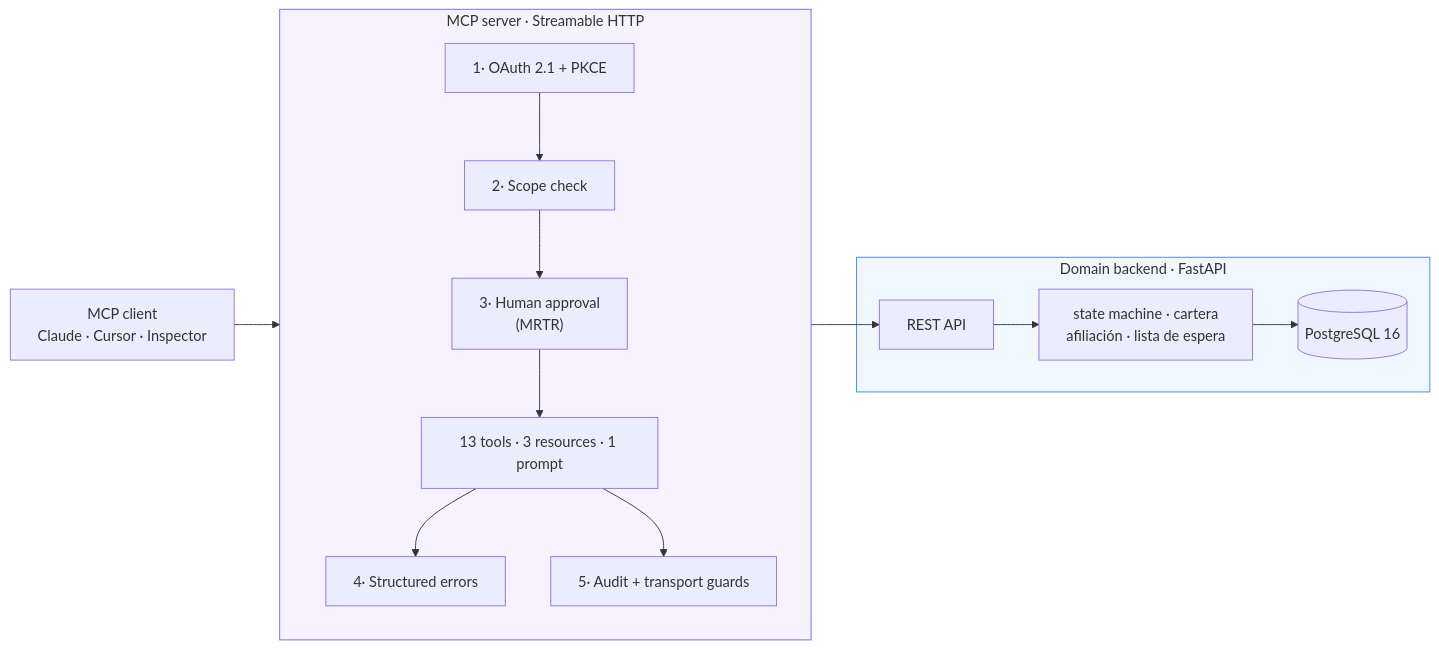
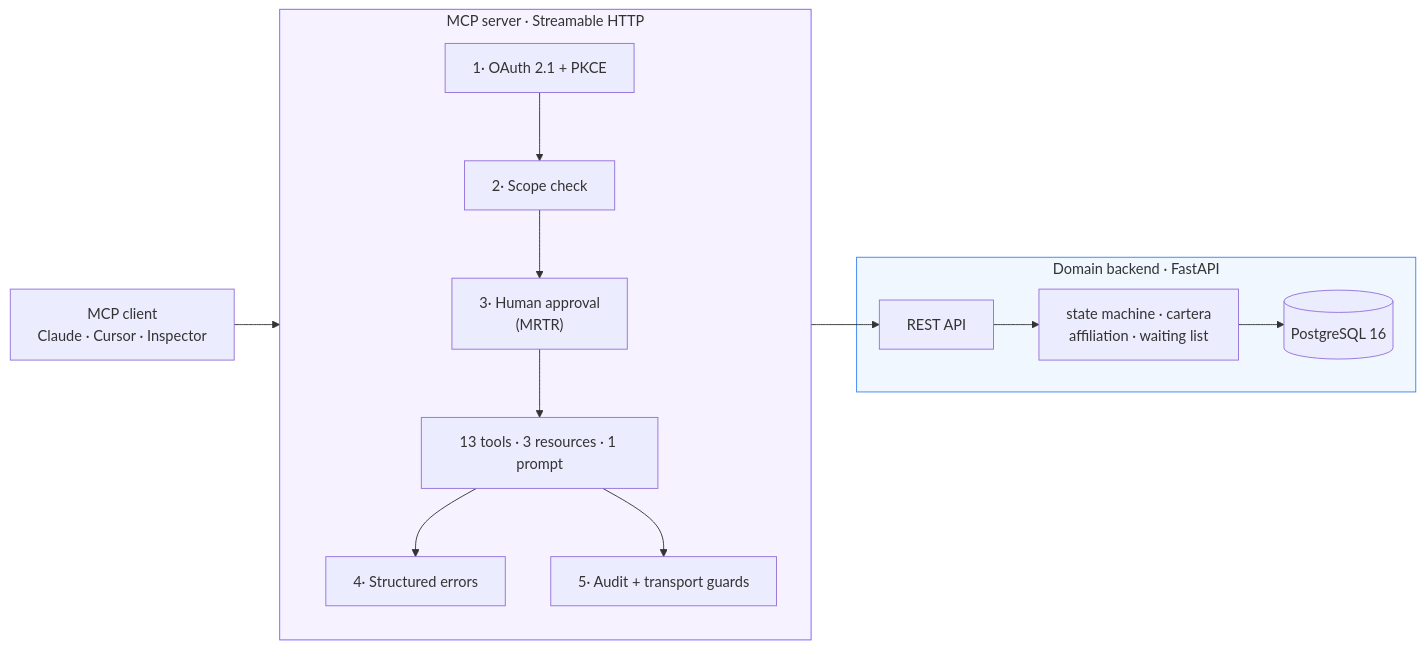
Before and after one commit to dylanbc1/dental-clinic-mcp-server: the diagram in README.md, drawn with Mermaid. The commit also changed other lines of this file and 11 other files, not shown here.

````diff
--- a/README.md
+++ b/README.md
@@ -62,17 +62,17 @@
 ```mermaid
 flowchart LR
     C["MCP client<br/>Claude · Cursor · Inspector"]
     subgraph mcp["MCP server · Streamable HTTP"]
       direction TB
       A1["1· OAuth 2.1 + PKCE"] --> A2["2· Scope check"] --> A3["3· Human approval<br/>(MRTR)"] --> T["13 tools · 3 resources · 1 prompt"]
       T --> A4["4· Structured errors"]
       T --> A5["5· Audit + transport guards"]
     end
     subgraph be["Domain backend · FastAPI"]
-      API["REST API"] --> DOM["state machine · cartera<br/>afiliación · lista de espera"] --> DB[("PostgreSQL 16")]
+      API["REST API"] --> DOM["state machine · cartera<br/>affiliation · waiting list"] --> DB[("PostgreSQL 16")]
     end
     C --> A1
     T --> API
     style mcp fill:#f6f2ff,stroke:#7c5cff
     style be fill:#f0f7ff,stroke:#3b82f6
 ```
````
